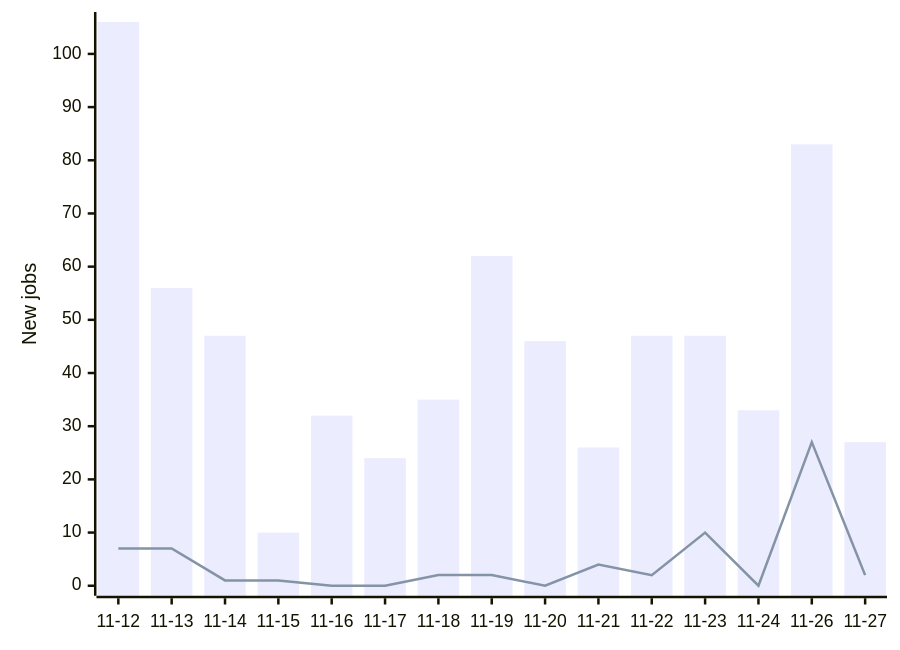
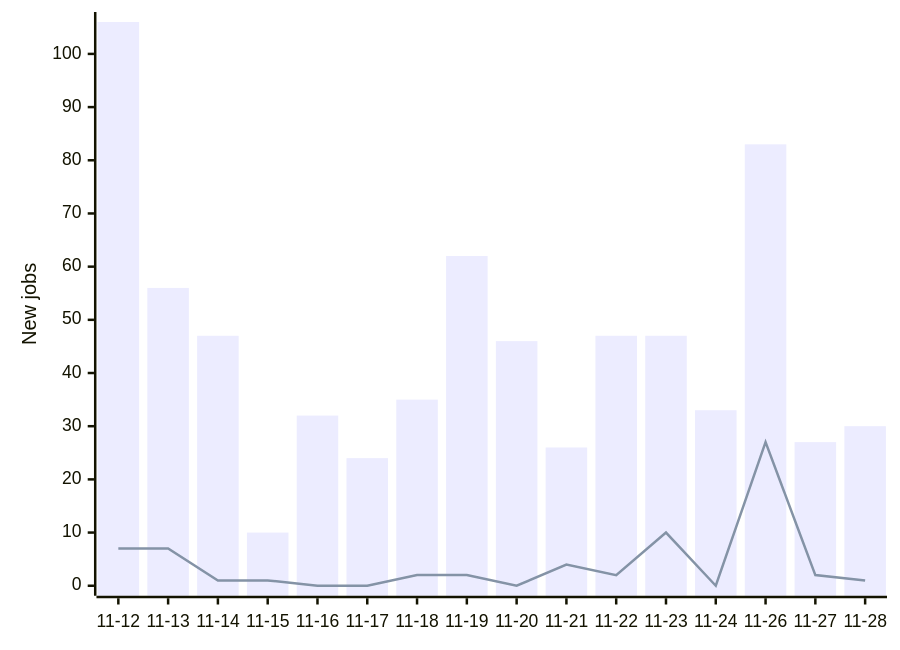
The diagram in README.md (Mwangimark/frontend-job-tracker), drawn with Mermaid before and after one commit. The commit also changed other lines of this file and 2 other files, not shown here.

````diff
--- a/README.md
+++ b/README.md
@@ -16,7 +16,7 @@
 ```mermaid
 xychart-beta
-    x-axis ["11-12", "11-13", "11-14", "11-15", "11-16", "11-17", "11-18", "11-19", "11-20", "11-21", "11-22", "11-23", "11-24", "11-26", "11-27"]
+    x-axis ["11-12", "11-13", "11-14", "11-15", "11-16", "11-17", "11-18", "11-19", "11-20", "11-21", "11-22", "11-23", "11-24", "11-26", "11-27", "11-28"]
     y-axis "New jobs" 0 --> 106
-    bar [106, 56, 47, 10, 32, 24, 35, 62, 46, 26, 47, 47, 33, 83, 27]
-    line [7, 7, 1, 1, 0, 0, 2, 2, 0, 4, 2, 10, 0, 27, 2]
+    bar [106, 56, 47, 10, 32, 24, 35, 62, 46, 26, 47, 47, 33, 83, 27, 30]
+    line [7, 7, 1, 1, 0, 0, 2, 2, 0, 4, 2, 10, 0, 27, 2, 1]
 ```
````
